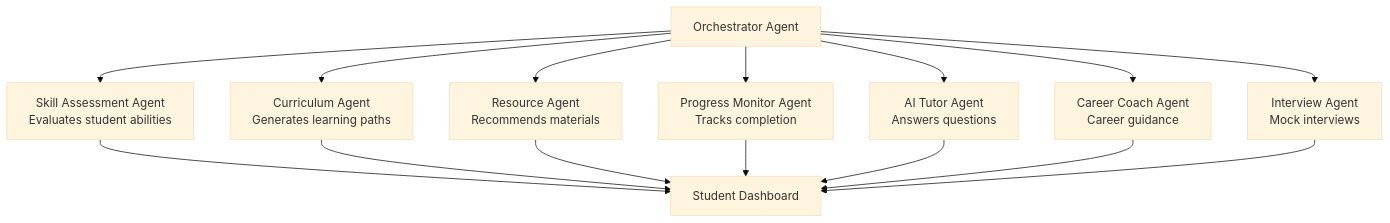
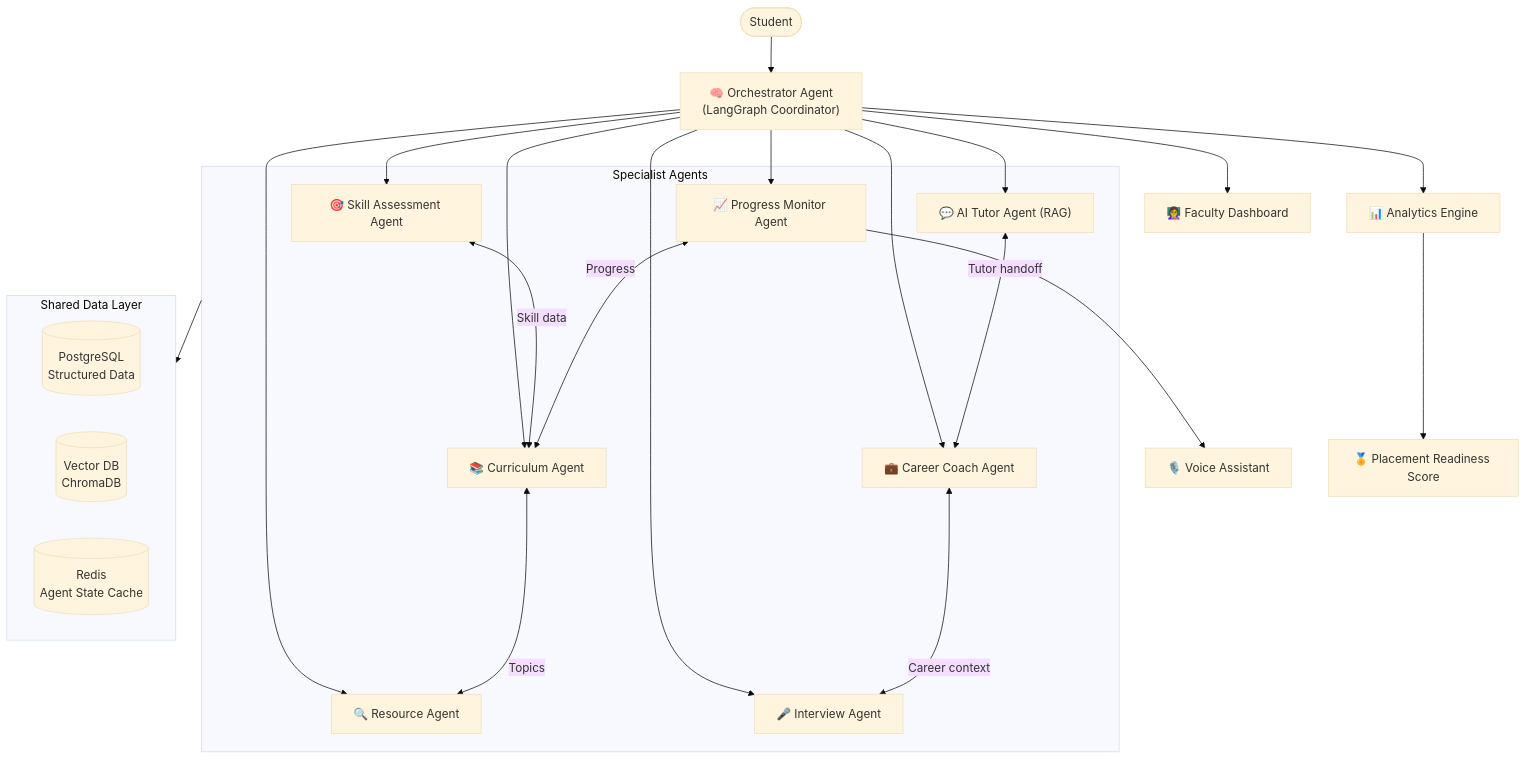
One commit to AI-Curriculum-Recommendation-Team/AI-dynamic-curriculum-recommendation-Engine changed diagram 21 of 25 in README.md. Above: the diagram before and after it, drawn with Mermaid (base theme). The commit also changed other lines of this file and 8 other files, not shown here.

````diff
--- a/README.md
+++ b/README.md
@@ -998,14 +1653,36 @@
 ```mermaid
 flowchart TD
-    ORCHESTRATOR["Orchestrator Agent"] --> SA & CA & RA & PMA & TA & CCA & IA
+    STUDENT([Student]) --> ORCHESTRATOR
 
-    SA["Skill Assessment Agent\nEvaluates student abilities"]
-    CA["Curriculum Agent\nGenerates learning paths"]
-    RA["Resource Agent\nRecommends materials"]
-    PMA["Progress Monitor Agent\nTracks completion"]
-    TA["AI Tutor Agent\nAnswers questions"]
-    CCA["Career Coach Agent\nCareer guidance"]
-    IA["Interview Agent\nMock interviews"]
+    ORCHESTRATOR["🧠 Orchestrator Agent\n(LangGraph Coordinator)"]
 
-    SA & CA & RA & PMA & TA & CCA & IA --> STUDENT[Student Dashboard]
+    subgraph AGENTS["Specialist Agents"]
+        SA["🎯 Skill Assessment Agent"]
+        CA["📚 Curriculum Agent"]
+        RA["🔍 Resource Agent"]
+        PMA["📈 Progress Monitor Agent"]
+        TA["💬 AI Tutor Agent (RAG)"]
+        CCA["💼 Career Coach Agent"]
+        IA["🎤 Interview Agent"]
+    end
+
+    subgraph DATA["Shared Data Layer"]
+        PG[("PostgreSQL\nStructured Data")]
+        VECTOR[("Vector DB\nChromaDB")]
+        REDIS[("Redis\nAgent State Cache")]
+    end
+
+    ORCHESTRATOR --> SA & CA & RA & PMA & TA & CCA & IA
+    SA <-->|"Skill data"| CA
+    CA <-->|"Topics"| RA
+    PMA <-->|"Progress"| CA
+    TA <-->|"Tutor handoff"| CCA
+    CCA <-->|"Career context"| IA
+
+    AGENTS --> DATA
+
+    PMA --> VOICE["🎙️ Voice Assistant"]
+    ORCHESTRATOR --> FACULTY["👩‍🏫 Faculty Dashboard"]
+    ORCHESTRATOR --> ANALYTICS["📊 Analytics Engine"]
+    ANALYTICS --> PLACEMENT["🏅 Placement Readiness Score"]
 ```
````
